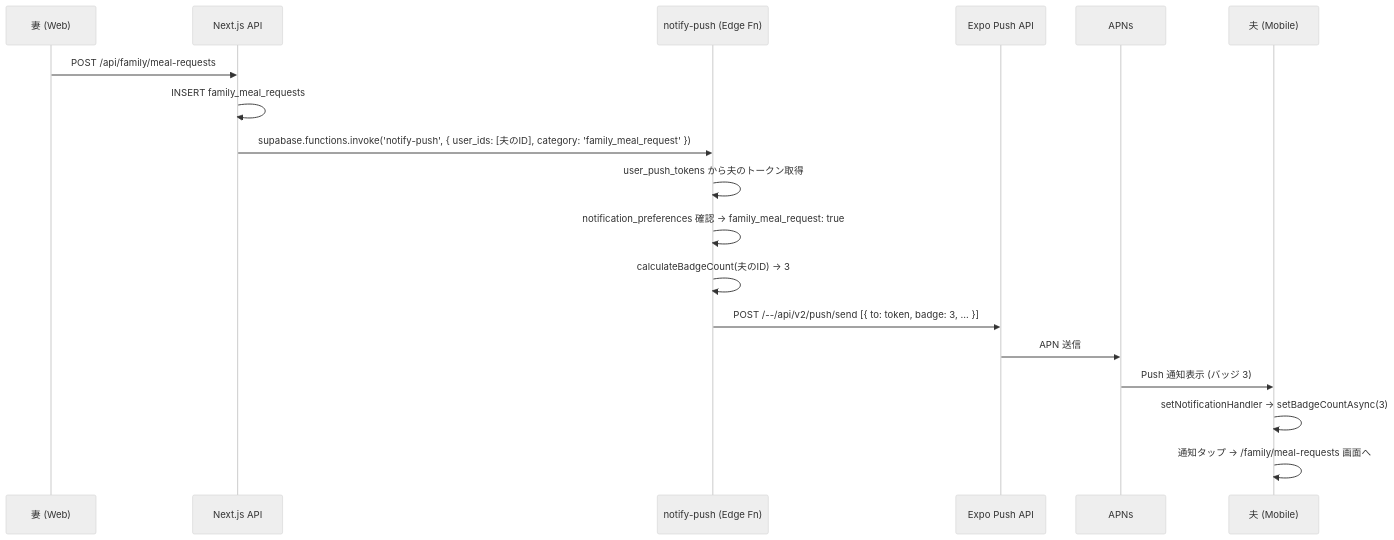
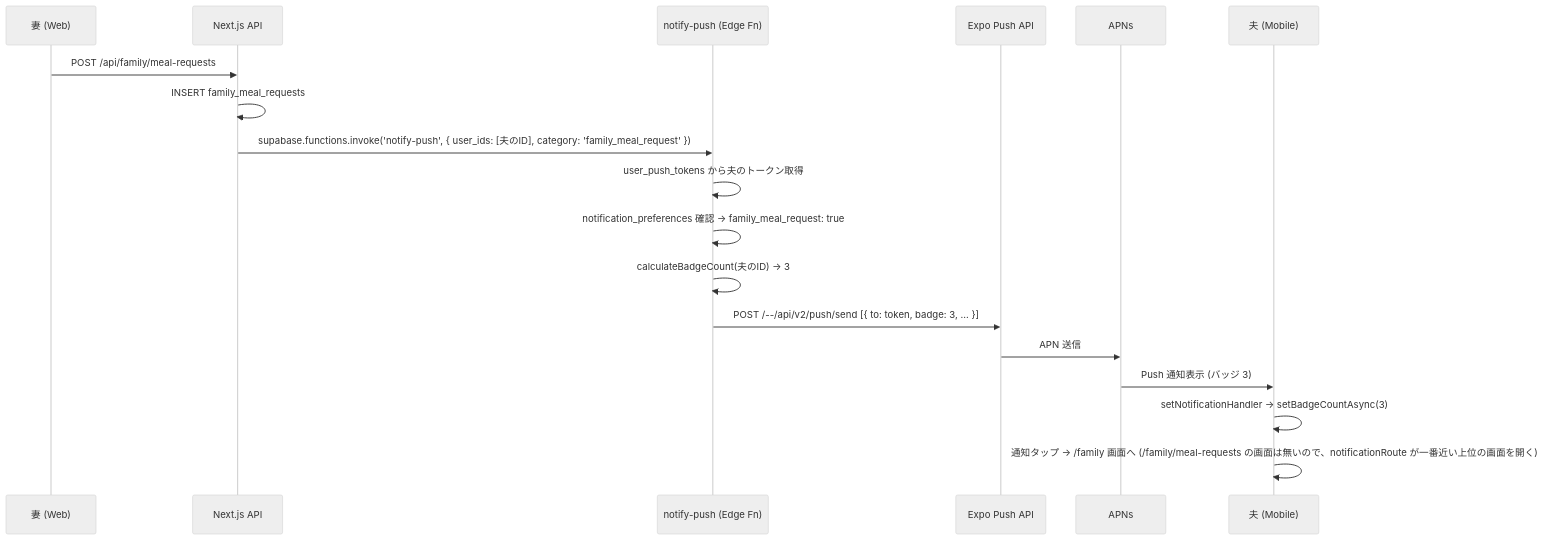
Before and after one commit to DaisukeHori/homegohan-app: the first of 2 diagrams in docs/design/mobile/03-push-notification.md, drawn with Mermaid (neutral theme). The commit also changed other lines of this file and 1 other file, not shown here.

````diff
--- a/docs/design/mobile/03-push-notification.md
+++ b/docs/design/mobile/03-push-notification.md
@@ -435,21 +435,21 @@
 ```mermaid
 sequenceDiagram
   participant Wife as 妻 (Web)
   participant API as Next.js API
   participant Edge as notify-push (Edge Fn)
   participant Expo as Expo Push API
   participant APNs as APNs
   participant Husband as 夫 (Mobile)
 
   Wife->>API: POST /api/family/meal-requests
   API->>API: INSERT family_meal_requests
   API->>Edge: supabase.functions.invoke('notify-push', { user_ids: [夫のID], category: 'family_meal_request' })
   Edge->>Edge: user_push_tokens から夫のトークン取得
   Edge->>Edge: notification_preferences 確認 → family_meal_request: true
   Edge->>Edge: calculateBadgeCount(夫のID) → 3
   Edge->>Expo: POST /--/api/v2/push/send [{ to: token, badge: 3, ... }]
   Expo->>APNs: APN 送信
   APNs->>Husband: Push 通知表示 (バッジ 3)
   Husband->>Husband: setNotificationHandler → setBadgeCountAsync(3)
-  Husband->>Husband: 通知タップ → /family/meal-requests 画面へ
+  Husband->>Husband: 通知タップ → /family 画面へ (/family/meal-requests の画面は無いので、notificationRoute が一番近い上位の画面を開く)
 ```
````
